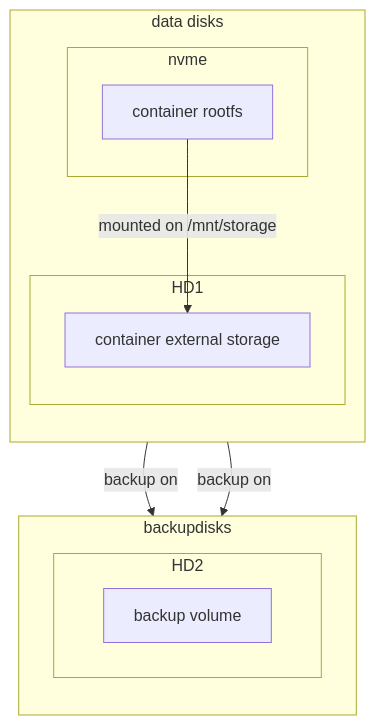
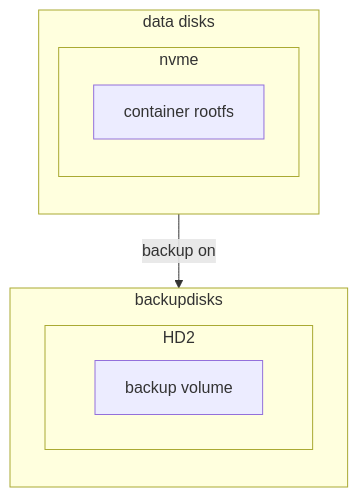
One commit to carnivuth/labcraft changed the fourth of 4 diagrams in readme.md. Above: the diagram before and after it, drawn with Mermaid. The commit also changed other lines of this file, not shown here.

````diff
--- a/readme.md
+++ b/readme.md
@@ -56,21 +59,17 @@
 ```mermaid
 flowchart
 	subgraph data disks
 		direction TB
 		subgraph nvme
 				A[container rootfs]
-		end
-		subgraph HD1
-			B[container external storage]
 		end
 	end
 	subgraph backupdisks
 		direction TB
 		subgraph HD2
 			direction LR
 			C[backup volume]
 		end
 	end
-	A & B -- backup on --> C
-	A   -- mounted on /mnt/storage --> B
+	A -- backup on --> C
 ```
````
